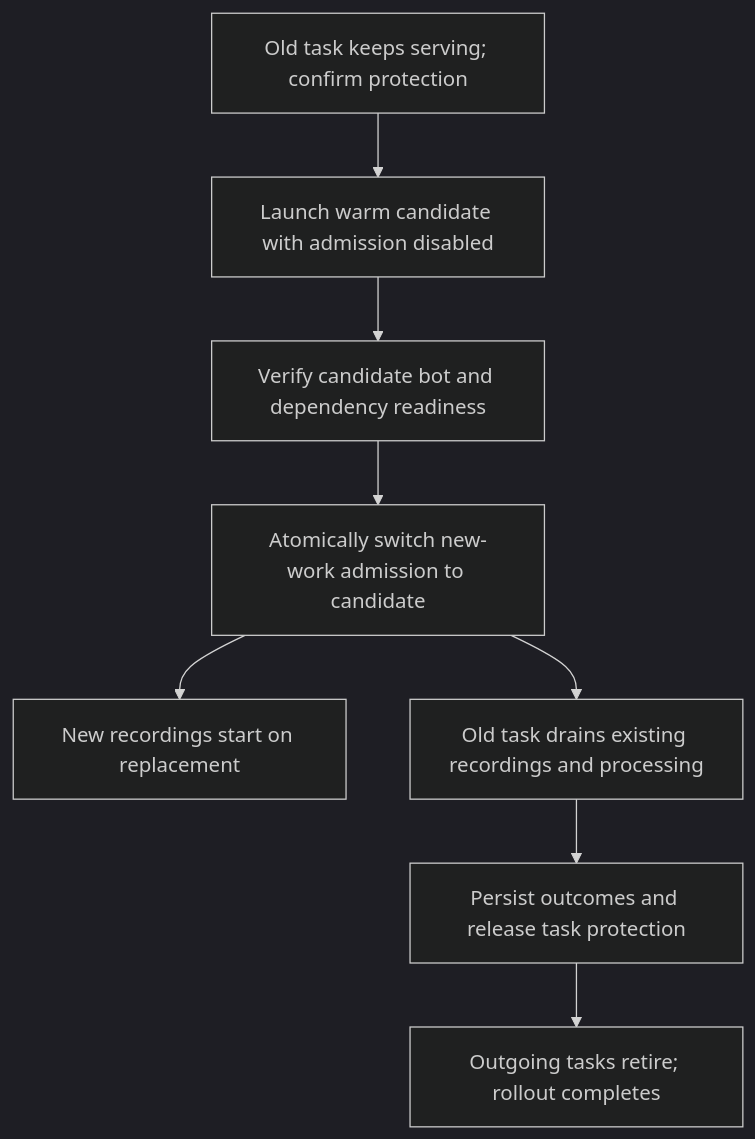
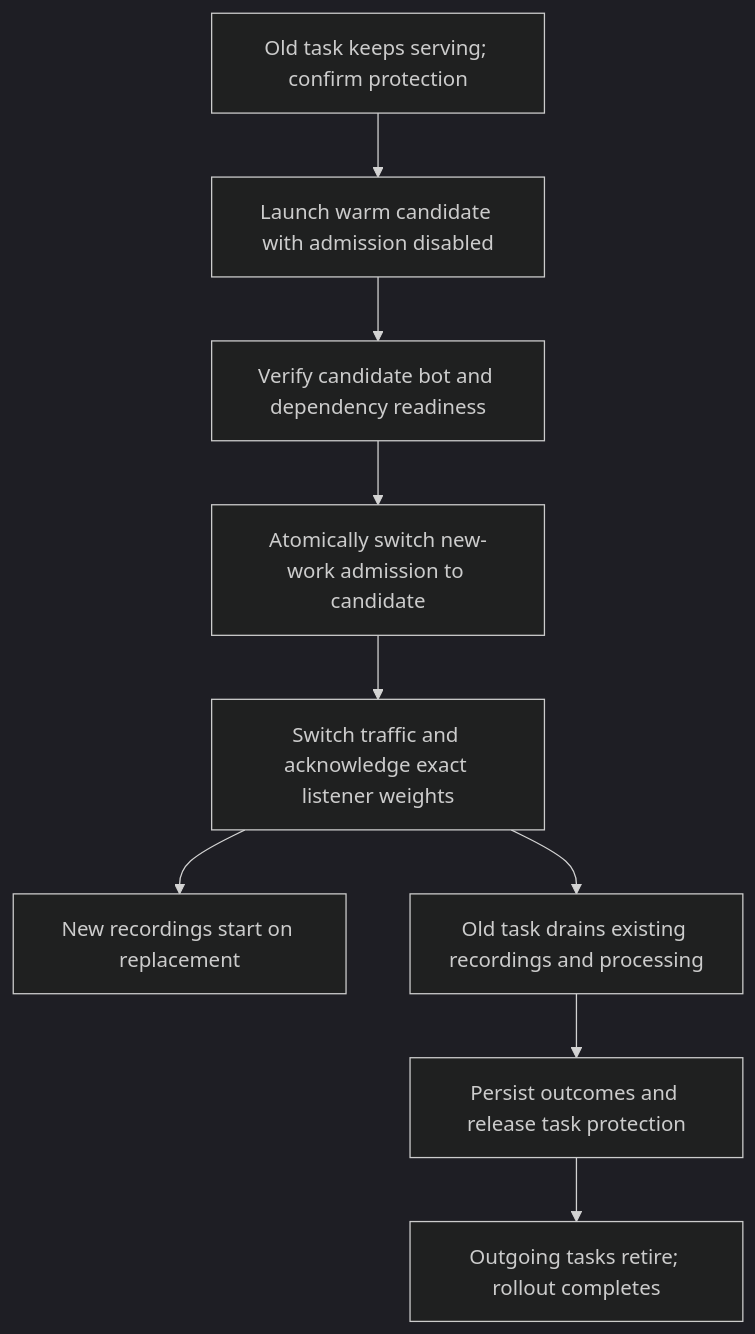
Before and after one commit to BASIC-BIT/meeting-notes-discord-bot: the first of 2 diagrams in docs/superpowers/specs/2026-10-12-deployment-drain-and-interruption-design.md, drawn with Mermaid (dark theme). The commit also changed other lines of this file and 24 other files, not shown here.

````diff
--- a/docs/superpowers/specs/2026-10-12-deployment-drain-and-interruption-design.md
+++ b/docs/superpowers/specs/2026-10-12-deployment-drain-and-interruption-design.md
@@ -33,10 +35,11 @@
 ```mermaid
 flowchart TD
   A[Old task keeps serving; confirm protection] --> B[Launch warm candidate with admission disabled]
   B --> C[Verify candidate bot and dependency readiness]
   C --> D[Atomically switch new-work admission to candidate]
-  D --> E[New recordings start on replacement]
-  D --> F[Old task drains existing recordings and processing]
+  D --> R[Switch traffic and acknowledge exact listener weights]
+  R --> E[New recordings start on replacement]
+  R --> F[Old task drains existing recordings and processing]
   F --> G[Persist outcomes and release task protection]
   G --> H[Outgoing tasks retire; rollout completes]
 ```
````
